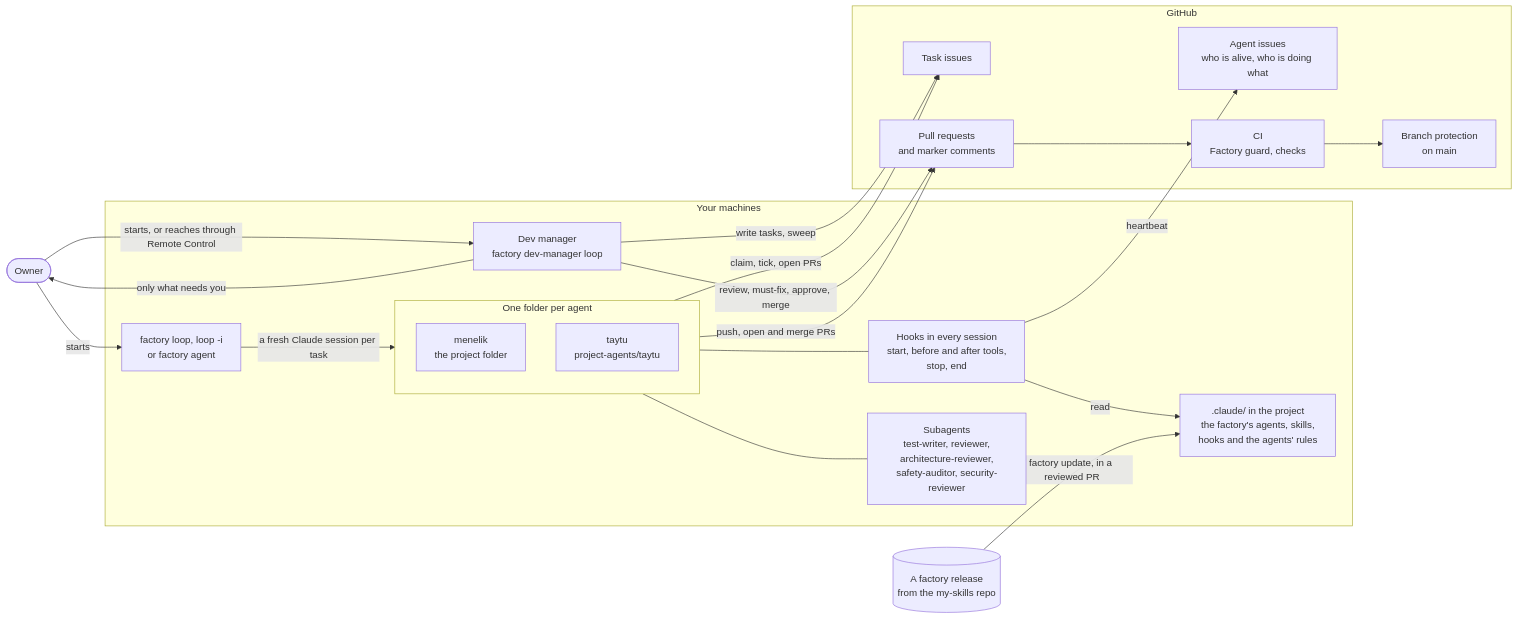
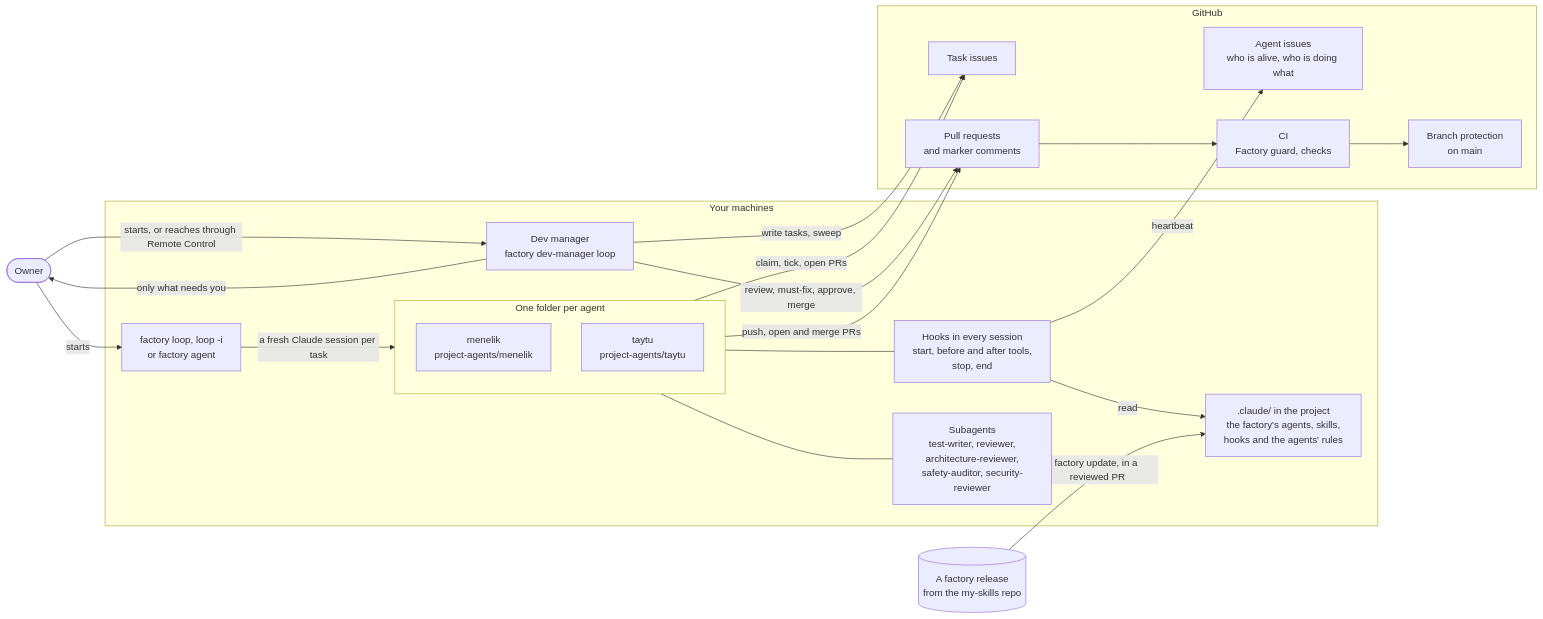
One commit to deresegetachew/my-skills changed the sixth of 7 diagrams in software-factory/README.md. Above: the diagram before and after it, drawn with Mermaid. The commit also changed 14 other files, not shown here.

````diff
--- a/software-factory/README.md
+++ b/software-factory/README.md
@@ -159,42 +159,42 @@
 ```mermaid
 flowchart LR
     owner(["Owner"])
 
     subgraph machine["Your machines"]
         dm["Dev manager<br/>factory dev-manager loop"]
         loop["factory loop, loop -i<br/>or factory agent"]
         subgraph folders["One folder per agent"]
-            a1["menelik<br/>the project folder"]
+            a1["menelik<br/>project-agents/menelik"]
             a2["taytu<br/>project-agents/taytu"]
         end
         hooks["Hooks in every session<br/>start, before and after tools,<br/>stop, end"]
         subs["Subagents<br/>test-writer, reviewer,<br/>architecture-reviewer,<br/>safety-auditor, security-reviewer"]
         files[".claude/ in the project<br/>the factory's agents, skills,<br/>hooks and the agents' rules"]
     end
 
     subgraph github["GitHub"]
         issues["Task issues"]
         agentissues["Agent issues<br/>who is alive, who is doing what"]
         prs["Pull requests<br/>and marker comments"]
         ci["CI<br/>Factory guard, checks"]
         bp["Branch protection<br/>on main"]
     end
 
     release[("A factory release<br/>from the my-skills repo")]
 
     owner -->|"starts"| loop
     owner -->|"starts, or reaches through Remote Control"| dm
     loop -->|"a fresh Claude session per task"| folders
     folders --- hooks
     folders --- subs
     hooks -->|"read"| files
     release -->|"factory update, in a reviewed PR"| files
     folders -->|"claim, tick, open PRs"| issues
     hooks -->|"heartbeat"| agentissues
     folders -->|"push, open and merge PRs"| prs
     prs --> ci
     ci --> bp
     dm -->|"review, must-fix, approve, merge"| prs
     dm -->|"write tasks, sweep"| issues
     dm -->|"only what needs you"| owner
 ```
````
